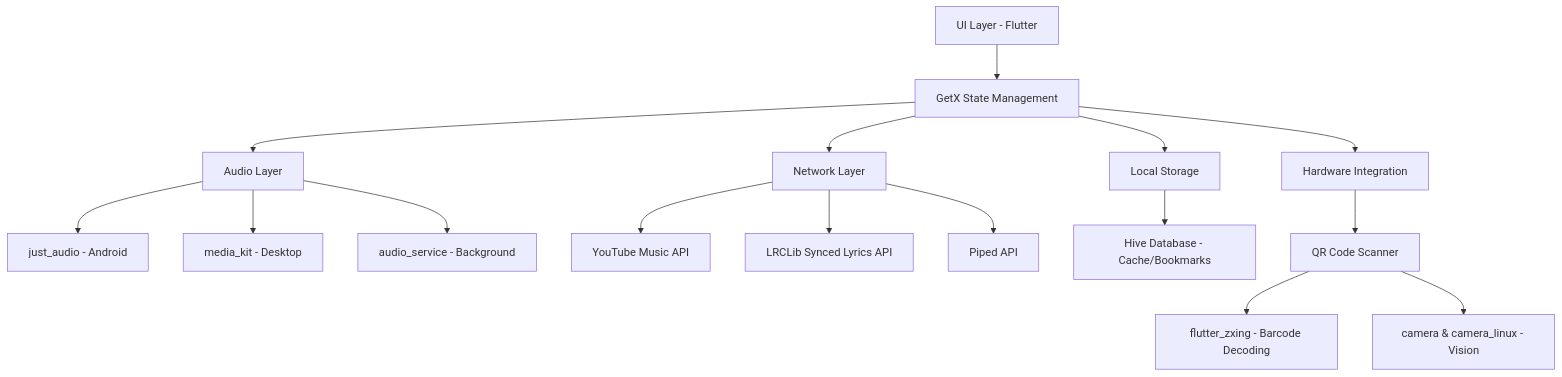
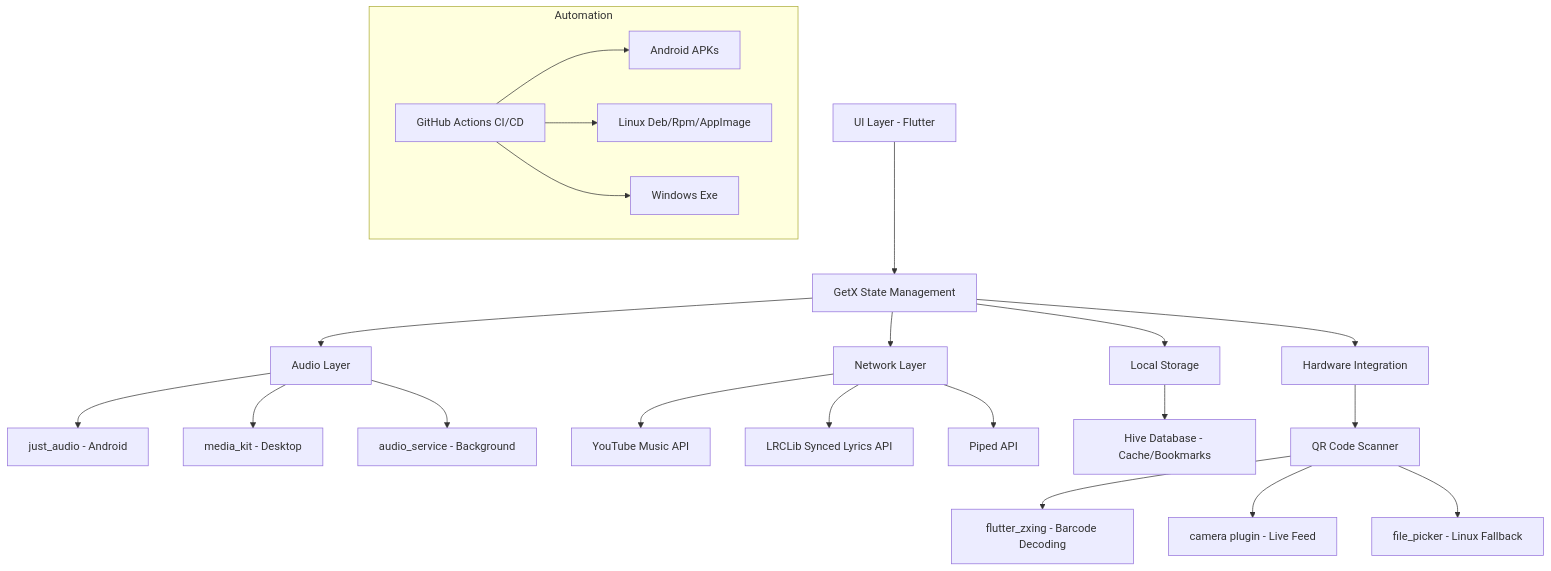
The diagram in README.md (North-Abyss/Harmony-Music), drawn with Mermaid before and after one commit. The commit also changed 4 other files, not shown here.

````diff
--- a/README.md
+++ b/README.md
@@ -37,23 +37,30 @@
 ```mermaid
 graph TD
     UI[UI Layer - Flutter] --> GetX[GetX State Management]
     
     GetX --> Audio[Audio Layer]
     GetX --> Network[Network Layer]
     GetX --> Storage[Local Storage]
     GetX --> Hardware[Hardware Integration]
     
     Audio --> JustAudio[just_audio - Android]
     Audio --> MediaKit[media_kit - Desktop]
     Audio --> AudioService[audio_service - Background]
     
     Network --> YTM[YouTube Music API]
     Network --> Lyrics[LRCLib Synced Lyrics API]
     Network --> Piped[Piped API]
     
     Storage --> Hive[Hive Database - Cache/Bookmarks]
     
     Hardware --> Scanner[QR Code Scanner]
     Scanner --> ZXing[flutter_zxing - Barcode Decoding]
-    Scanner --> Camera[camera & camera_linux - Vision]
+    Scanner --> Camera[camera plugin - Live Feed]
+    Scanner --> FilePicker[file_picker - Linux Fallback]
+    
+    subgraph Automation
+      CI[GitHub Actions CI/CD] --> APK[Android APKs]
+      CI --> LNX[Linux Deb/Rpm/AppImage]
+      CI --> WIN[Windows Exe]
+    end
 ```
````
